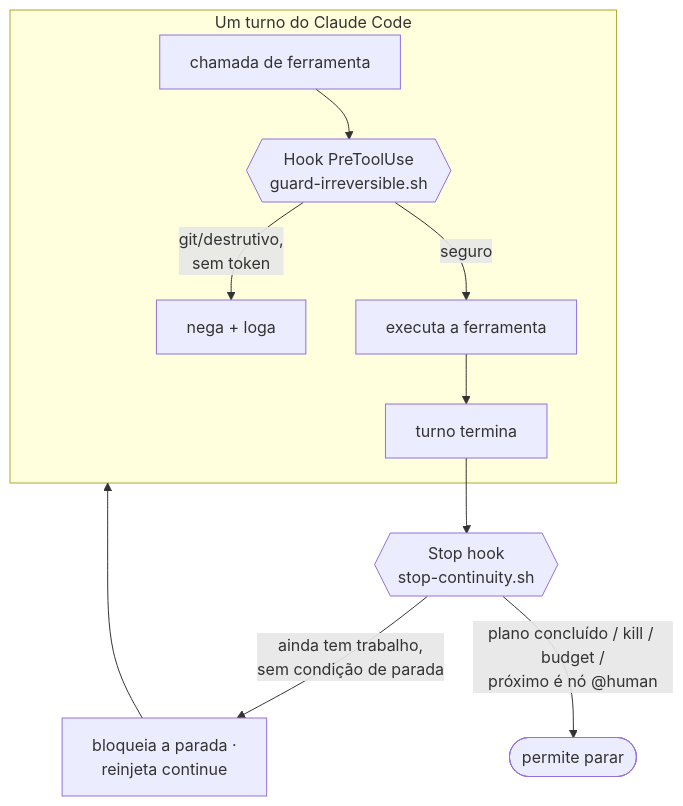
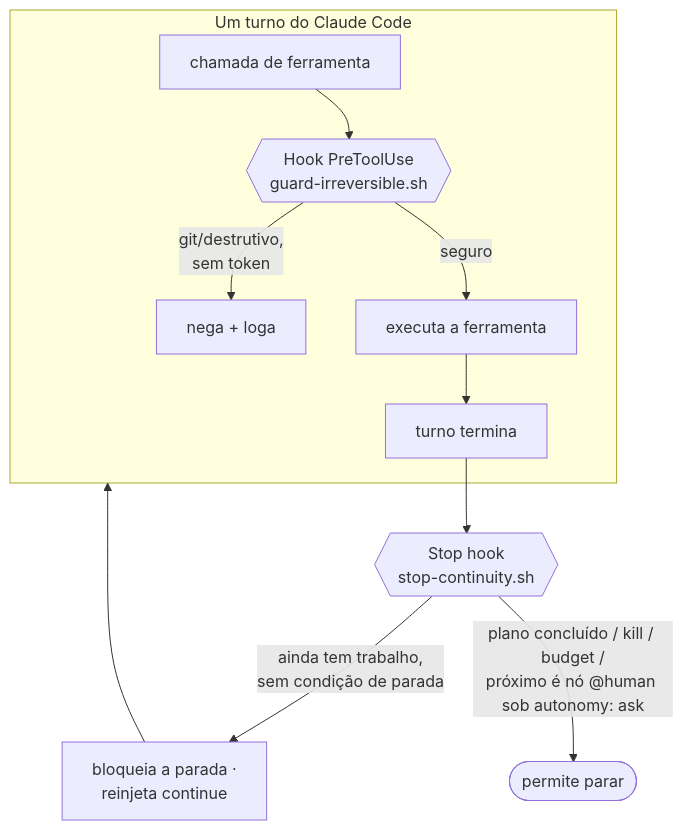
The first of 2 diagrams in docs/architecture/in-session.pt-BR.md (Jonhvmp/leopold), drawn with Mermaid before and after one commit. The commit also changed other lines of this file and 70 other files, not shown here.

````diff
--- a/docs/architecture/in-session.pt-BR.md
+++ b/docs/architecture/in-session.pt-BR.md
@@ -15,13 +15,13 @@
 ```mermaid
 flowchart TB
     subgraph Turn["Um turno do Claude Code"]
         TC["chamada de ferramenta"] --> PRE{{"Hook PreToolUse<br/>guard-irreversible.sh"}}
         PRE -- "seguro" --> EXEC["executa a ferramenta"]
         PRE -- "git/destrutivo,<br/>sem token" --> DENY["nega + loga"]
         EXEC --> ENDTURN["turno termina"]
     end
     ENDTURN --> STOP{{"Stop hook<br/>stop-continuity.sh"}}
     STOP -- "ainda tem trabalho,<br/>sem condição de parada" --> CONT["bloqueia a parada ·<br/>reinjeta continue"]
-    STOP -- "plano concluído / kill / budget /<br/>próximo é nó @human" --> HALT([permite parar])
+    STOP -- "plano concluído / kill / budget /<br/>próximo é nó @human sob autonomy: ask" --> HALT([permite parar])
     CONT --> Turn
 ```
````
